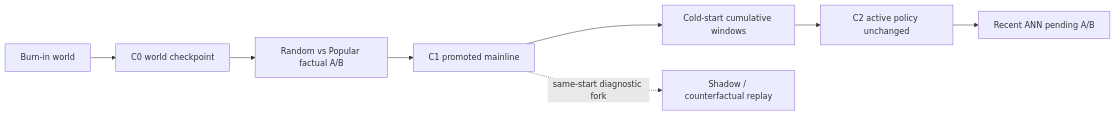
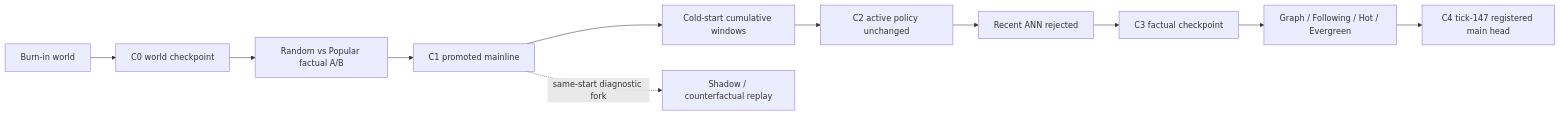
Before and after one commit to kleon1024/recsys-fid-system: the seventh of 8 diagrams in README.md, drawn with Mermaid. The commit also changed other lines of this file and 12 other files, not shown here.

````diff
--- a/README.md
+++ b/README.md
@@ -646,10 +646,13 @@
 ```mermaid
 flowchart LR
     Burn["Burn-in world"] --> C0["C0 world checkpoint"]
     C0 --> AB1["Random vs Popular factual A/B"]
     AB1 --> C1["C1 promoted mainline"]
     C1 --> AB2["Cold-start cumulative windows"]
     AB2 --> C2["C2 active policy unchanged"]
-    C2 --> AB3["Recent ANN pending A/B"]
+    C2 --> AB3["Recent ANN rejected"]
+    AB3 --> C3["C3 factual checkpoint"]
+    C3 --> AB4["Graph / Following / Hot / Evergreen"]
+    AB4 --> C4["C4 tick-147 registered main head"]
     C1 -. same-start diagnostic fork .-> Replay["Shadow / counterfactual replay"]
 ```
````
